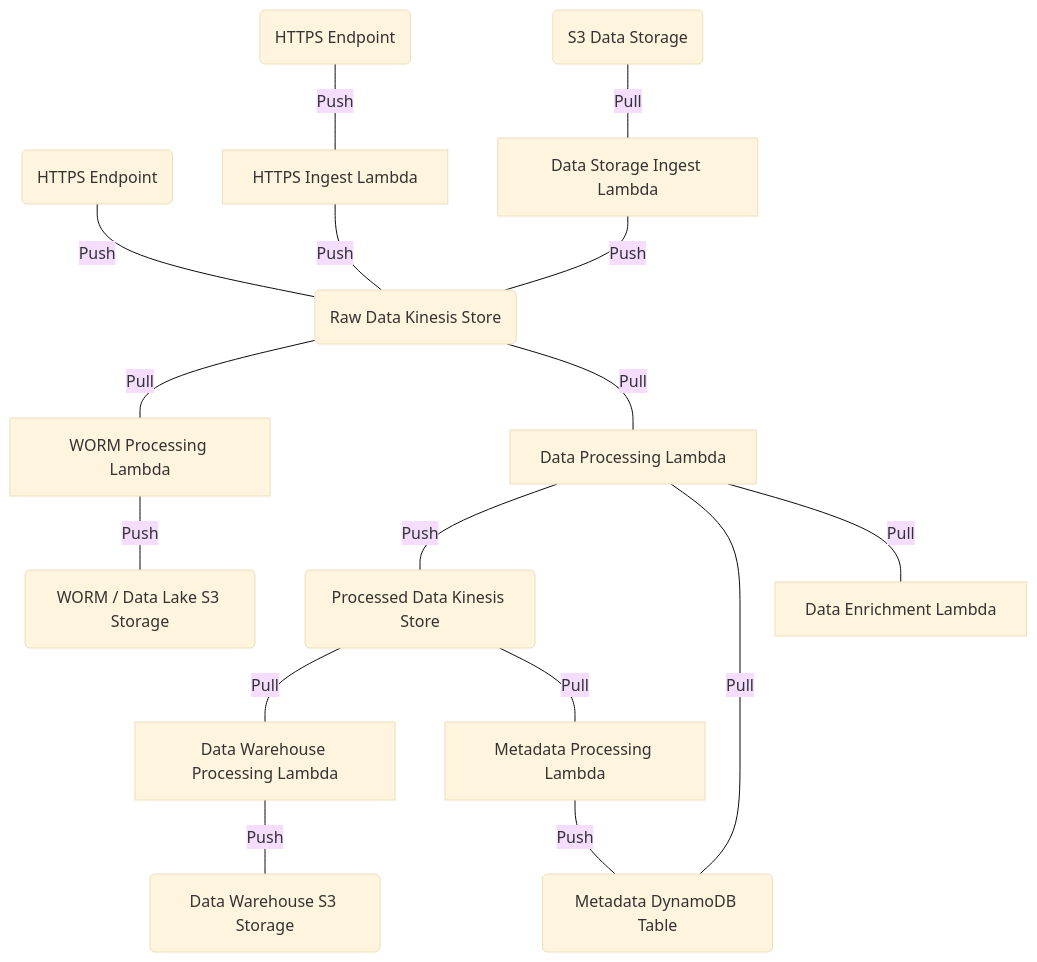
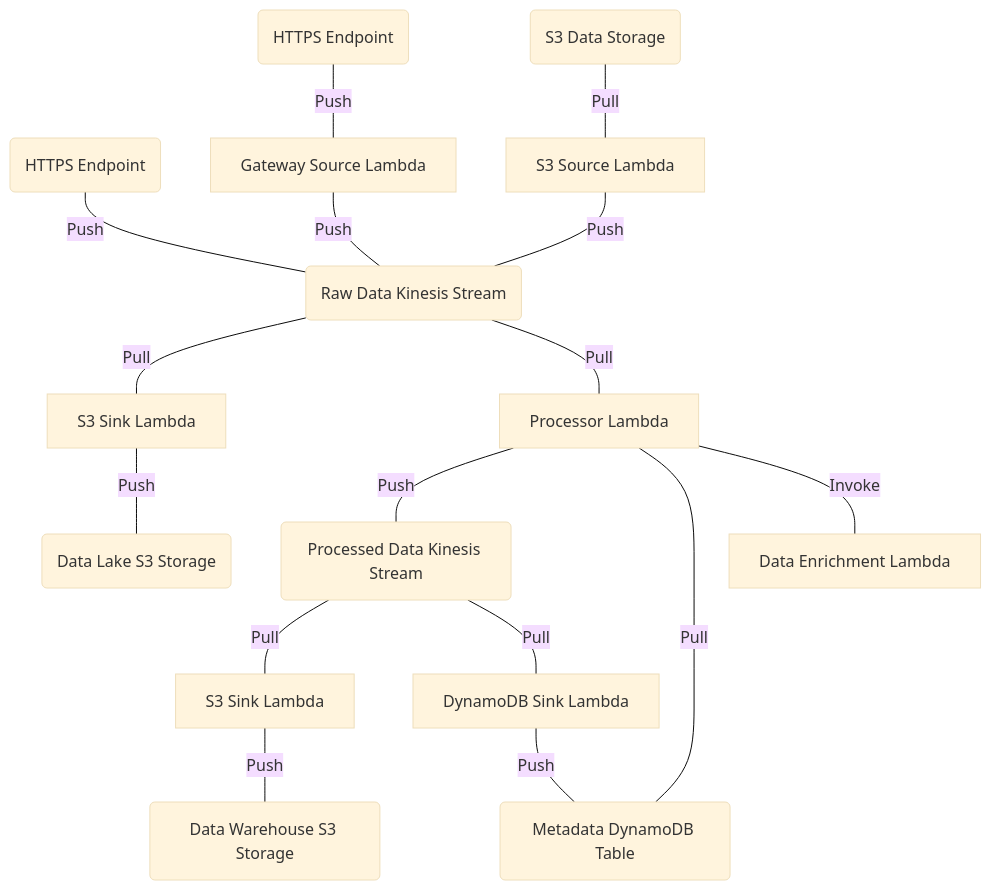
One commit to brexhq/substation changed the diagram in build/terraform/aws/README.md. Above: the diagram before and after it, drawn with Mermaid (base theme). The commit also changed other lines of this file and 134 other files, not shown here.

````diff
--- a/build/terraform/aws/README.md
+++ b/build/terraform/aws/README.md
@@ -60,36 +55,36 @@
 ```mermaid
 graph TD
     %% core infrastructure
     dynamodb_table(Metadata DynamoDB Table)
     gateway_kinesis(HTTPS Endpoint)
     gateway(HTTPS Endpoint)
-    kinesis_raw(Raw Data Kinesis Store)
-    kinesis_processed(Processed Data Kinesis Store)
+    kinesis_raw(Raw Data Kinesis Stream)
+    kinesis_processed(Processed Data Kinesis Stream)
     s3_source_bucket(S3 Data Storage)
-    s3_worm_bucket(WORM / Data Lake S3 Storage)
-    s3_sink_bucket(Data Warehouse S3 Storage)
+    s3_lake_bucket(Data Lake S3 Storage)
+    s3_warehouse_bucket(Data Warehouse S3 Storage)
 
     %% Lambda data processing
-    dynamodb_lambda[Metadata Processing Lambda]
-    gateway_lambda[HTTPS Ingest Lambda]
-    kinesis_lambda[Data Processing Lambda]
+    dynamodb_lambda[DynamoDB Sink Lambda]
+    gateway_lambda[Gateway Source Lambda]
+    kinesis_lambda[Processor Lambda]
     enrichment_lambda[Data Enrichment Lambda]
-    s3_sink_lambda[Data Warehouse Processing Lambda]
-    s3_source_lambda[Data Storage Ingest Lambda]
-    s3_worm_lambda[WORM Processing Lambda]
+    s3_warehouse_sink_lambda[S3 Sink Lambda]
+    s3_source_lambda[S3 Source Lambda]
+    s3_lake_sink_lambda[S3 Sink Lambda]
 
     %% ingest
     gateway ---|Push| gateway_lambda ---|Push| kinesis_raw
     gateway_kinesis ---|Push| kinesis_raw
     s3_source_bucket ---|Pull| s3_source_lambda ---|Push| kinesis_raw
-    kinesis_raw ---|Pull| s3_worm_lambda ---|Push| s3_worm_bucket
+    kinesis_raw ---|Pull| s3_lake_sink_lambda ---|Push| s3_lake_bucket
 
     %% transform
     kinesis_raw ---|Pull| kinesis_lambda ---|Push| kinesis_processed
     kinesis_lambda ---|Pull| dynamodb_table
-    kinesis_lambda ---|Pull| enrichment_lambda
+    kinesis_lambda ---|Invoke| enrichment_lambda
 
     %% load
-    kinesis_processed ---|Pull| s3_sink_lambda ---|Push| s3_sink_bucket
+    kinesis_processed ---|Pull| s3_warehouse_sink_lambda ---|Push| s3_warehouse_bucket
     kinesis_processed ---|Pull| dynamodb_lambda ---|Push| dynamodb_table
 ```
````
